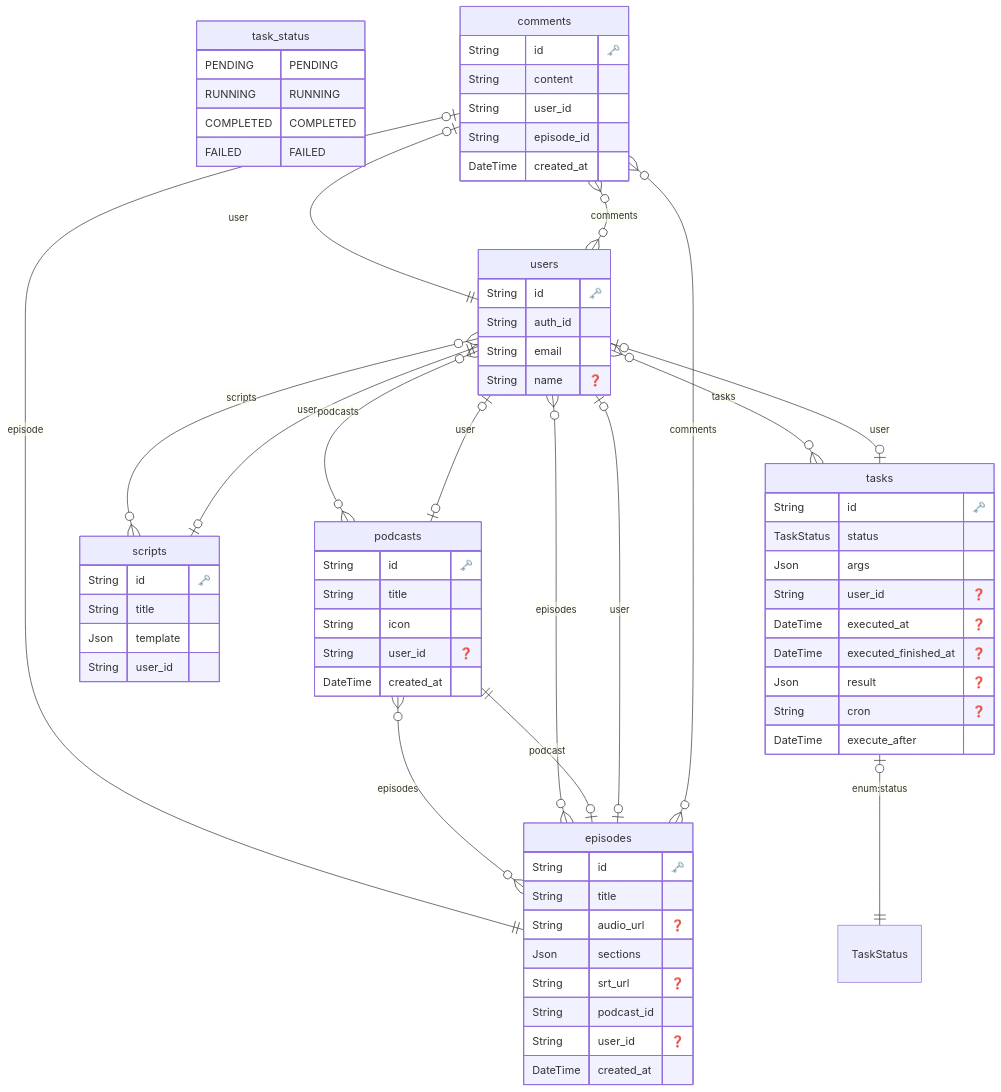
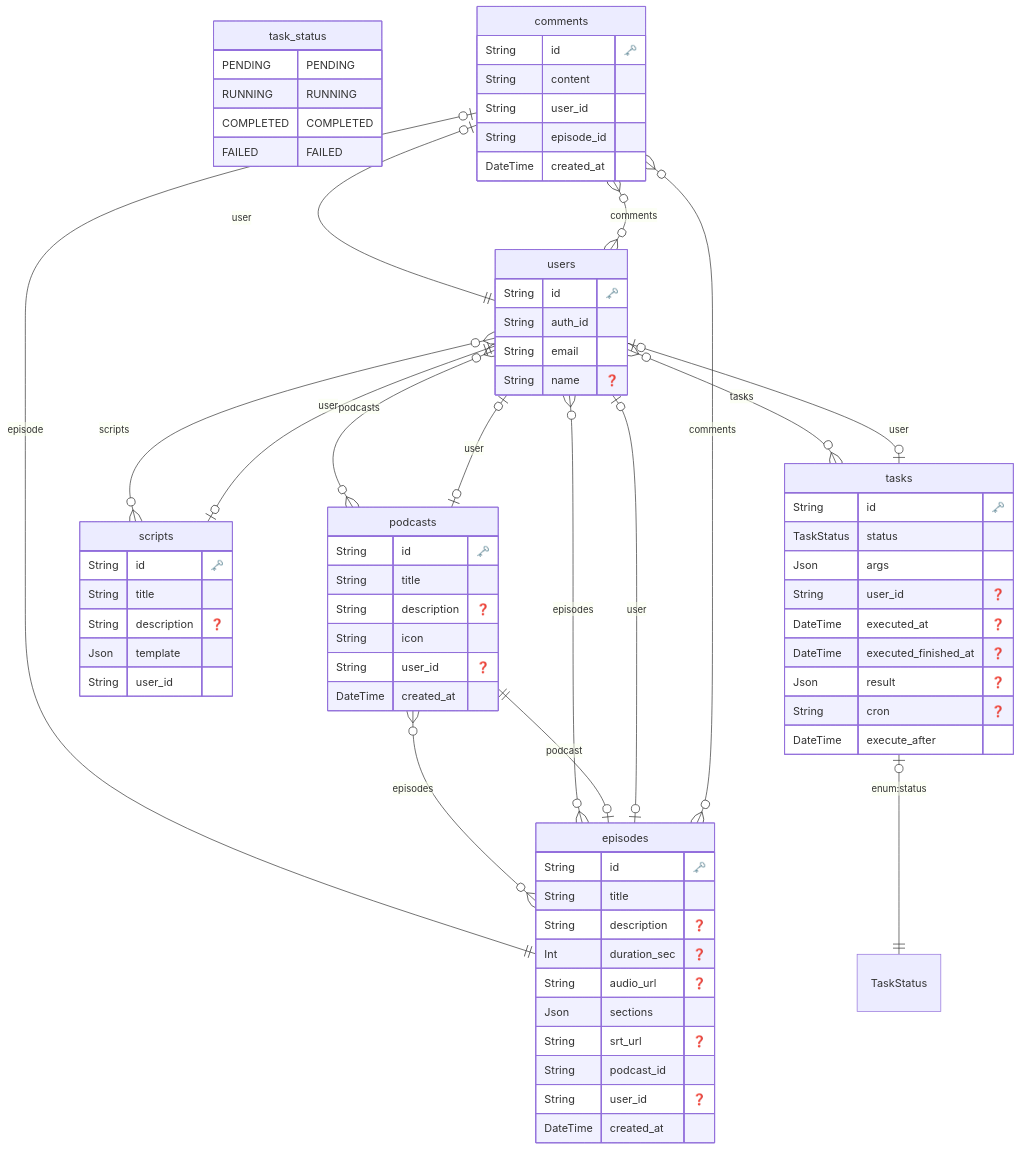
The diagram in api/prisma/schema/ERD.md (wakame-tech/botcast), drawn with Mermaid before and after one commit. The commit also changed 4 other files, not shown here.

```diff
--- a/api/prisma/schema/ERD.md
+++ b/api/prisma/schema/ERD.md
@@ -20,6 +20,8 @@
   "episodes" {
     String id "🗝️"
     String title 
+    String description "❓"
+    Int duration_sec "❓"
     String audio_url "❓"
     Json sections 
     String srt_url "❓"
@@ -32,6 +34,7 @@
   "podcasts" {
     String id "🗝️"
     String title 
+    String description "❓"
     String icon 
     String user_id "❓"
     DateTime created_at 
@@ -41,6 +44,7 @@
   "scripts" {
     String id "🗝️"
     String title 
+    String description "❓"
     Json template 
     String user_id 
     }
```
